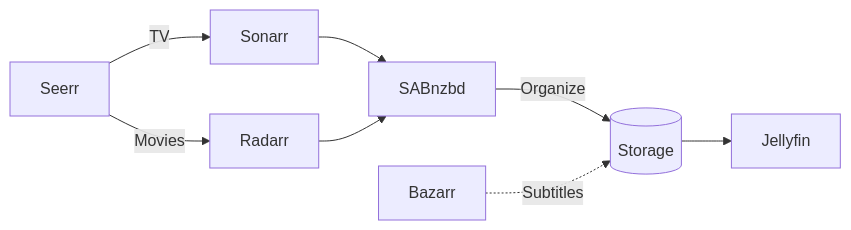
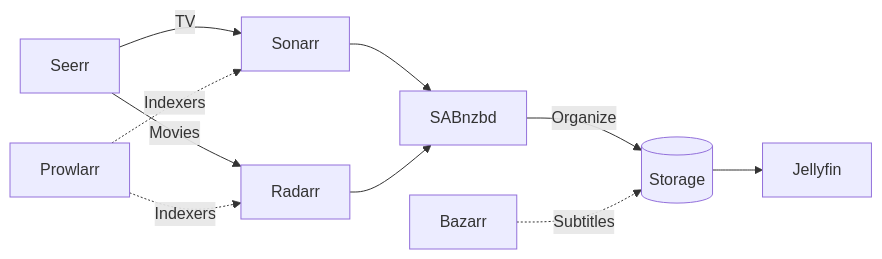
The diagram in README.md (bcanfield/docker-media-server), drawn with Mermaid before and after one commit. The commit also changed other lines of this file and 38 other files, not shown here.

````diff
--- a/README.md
+++ b/README.md
@@ -7,8 +8,9 @@
 ```mermaid
 graph LR
     Seerr -->|TV| Sonarr
     Seerr -->|Movies| Radarr
+    Prowlarr -.->|Indexers| Sonarr & Radarr
     Sonarr & Radarr --> SABnzbd -->|Organize| Storage[("Storage")]
     Bazarr -.->|Subtitles| Storage
     Storage --> Jellyfin
 ```
````
